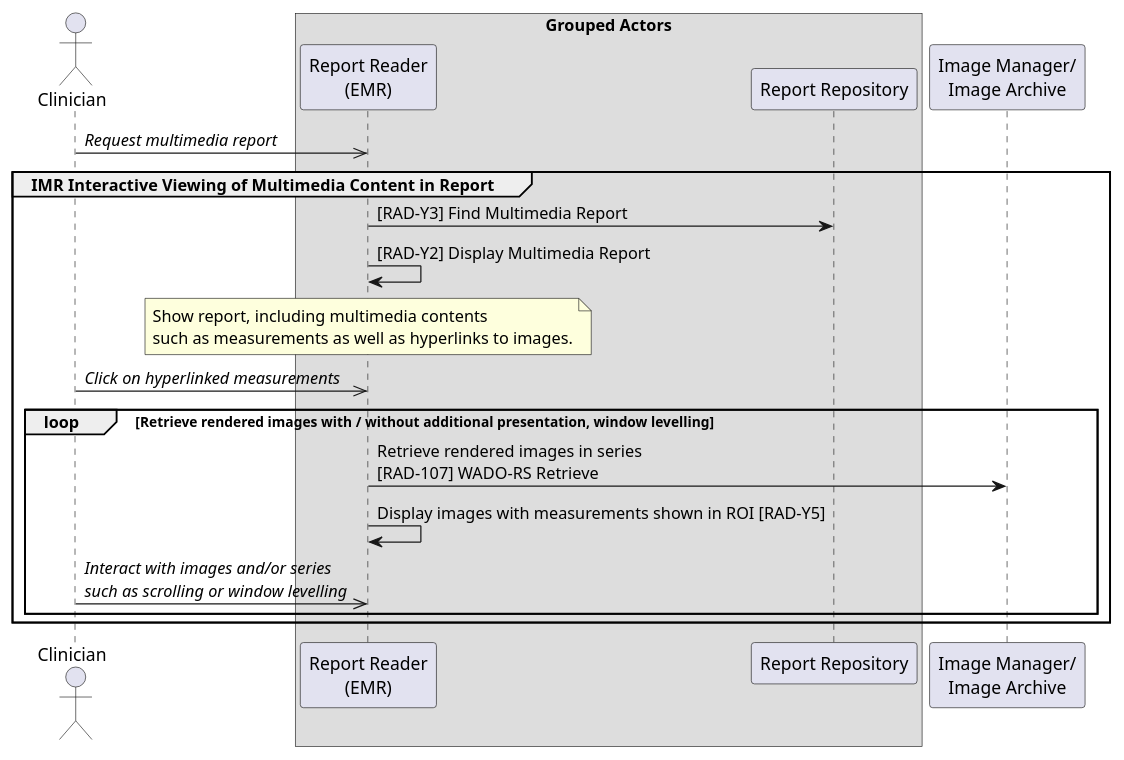
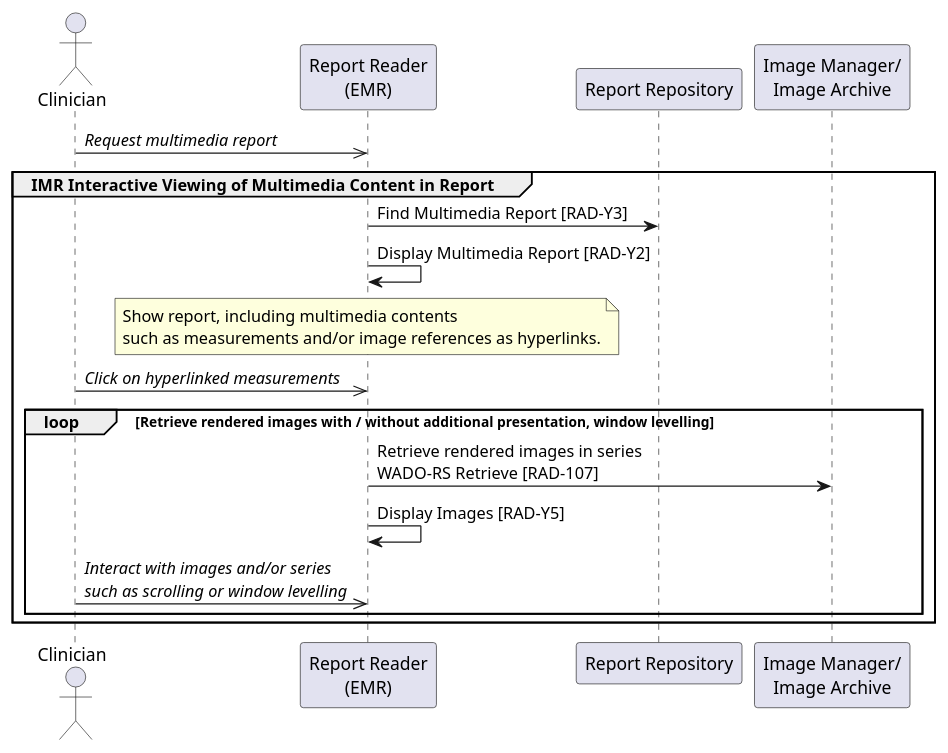
Before and after one commit to IHE/RAD.IMR: the diagram in input/images-source/uc2-presenting-interactive-report-standalone.plantuml, drawn with PlantUML. The commit also changed 5 other files, not shown here.

Commit message:
Updated all use case diagrams.

```diff
--- a/input/images-source/uc2-presenting-interactive-report-standalone.plantuml
+++ b/input/images-source/uc2-presenting-interactive-report-standalone.plantuml
@@ -1,32 +1,30 @@
 @startuml
 
 actor Clinician as Clinician
 
-box Grouped Actors
 participant "Report Reader\n(EMR)" as EMR
 participant "Report Repository" as Repo
-end box
 
 participant "Image Manager/\nImage Archive" as Archive
 
 Clinician->>EMR: //Request multimedia report//
 group IMR Interactive Viewing of Multimedia Content in Report
-EMR->Repo: [RAD-Y3] Find Multimedia Report
-EMR->EMR: [RAD-Y2] Display Multimedia Report
+EMR->Repo: Find Multimedia Report [RAD-Y3]
+EMR->EMR: Display Multimedia Report [RAD-Y2]
 note over EMR
 Show report, including multimedia contents
-such as measurements as well as hyperlinks to images.
+such as measurements and/or image references as hyperlinks.
 end note
 
 Clinician->>EMR: //Click on hyperlinked measurements//
 
 loop Retrieve rendered images with / without additional presentation, window levelling
-EMR->Archive: Retrieve rendered images in series\n[RAD-107] WADO-RS Retrieve
-EMR->EMR: Display images with measurements shown in ROI [RAD-Y5]
+EMR->Archive: Retrieve rendered images in series\nWADO-RS Retrieve [RAD-107]
+EMR->EMR: Display Images [RAD-Y5]
 
 Clinician->>EMR: //Interact with images and/or series//\n//such as scrolling or window levelling//
 end loop
 
 end
 
 @enduml
```
